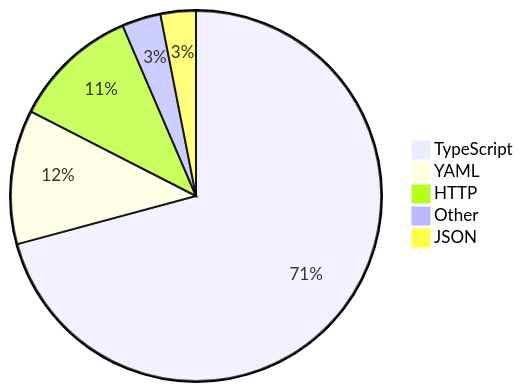
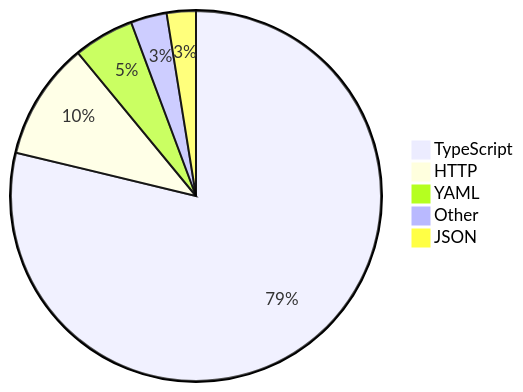
Before and after one commit to skvggor/skvggor: the diagram in README.md, drawn with Mermaid.

Commit message:
Updated waka-readme graph with new metrics

````diff
--- a/README.md
+++ b/README.md
@@ -16,8 +16,8 @@
 ```mermaid
 pie
-    "TypeScript" : 68.9
-    "YAML" : 11.4
-    "HTTP" : 10.7
-    "Other" : 3.3
-    "JSON" : 3.0
+    "TypeScript" : 77.5
+    "HTTP" : 10.1
+    "YAML" : 5.2
+    "Other" : 3.1
+    "JSON" : 2.5
 ```
````
